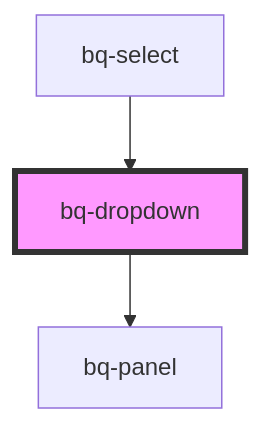
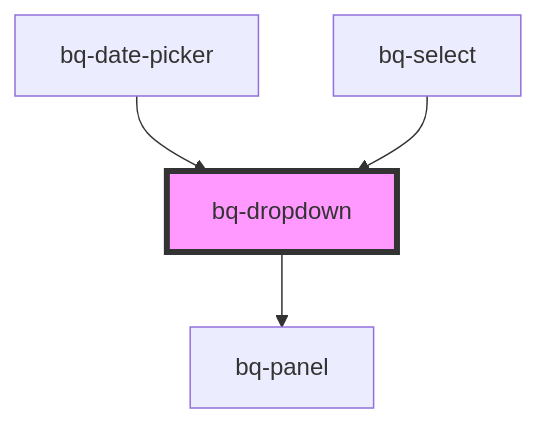
One commit to Endava/BEEQ changed the diagram in packages/beeq/src/components/dropdown/readme.md. Above: the diagram before and after it, drawn with Mermaid. The commit also changed other lines of this file and 9 other files, not shown here.

Commit message:
feat(Date Picker): add logic for basic functionality

````diff
--- a/packages/beeq/src/components/dropdown/readme.md
+++ b/packages/beeq/src/components/dropdown/readme.md
@@ -51,6 +52,7 @@
 ```mermaid
 graph TD;
   bq-dropdown --> bq-panel
+  bq-date-picker --> bq-dropdown
   bq-select --> bq-dropdown
   style bq-dropdown fill:#f9f,stroke:#333,stroke-width:4px
 ```
````
